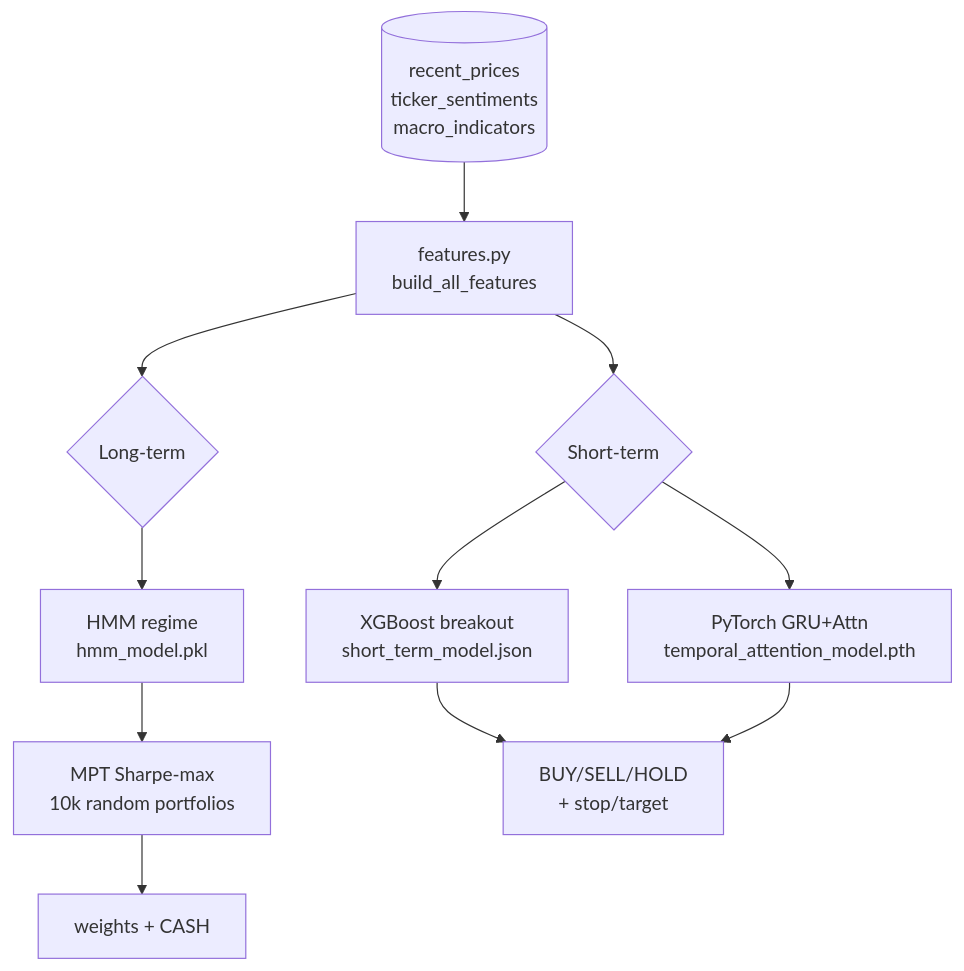
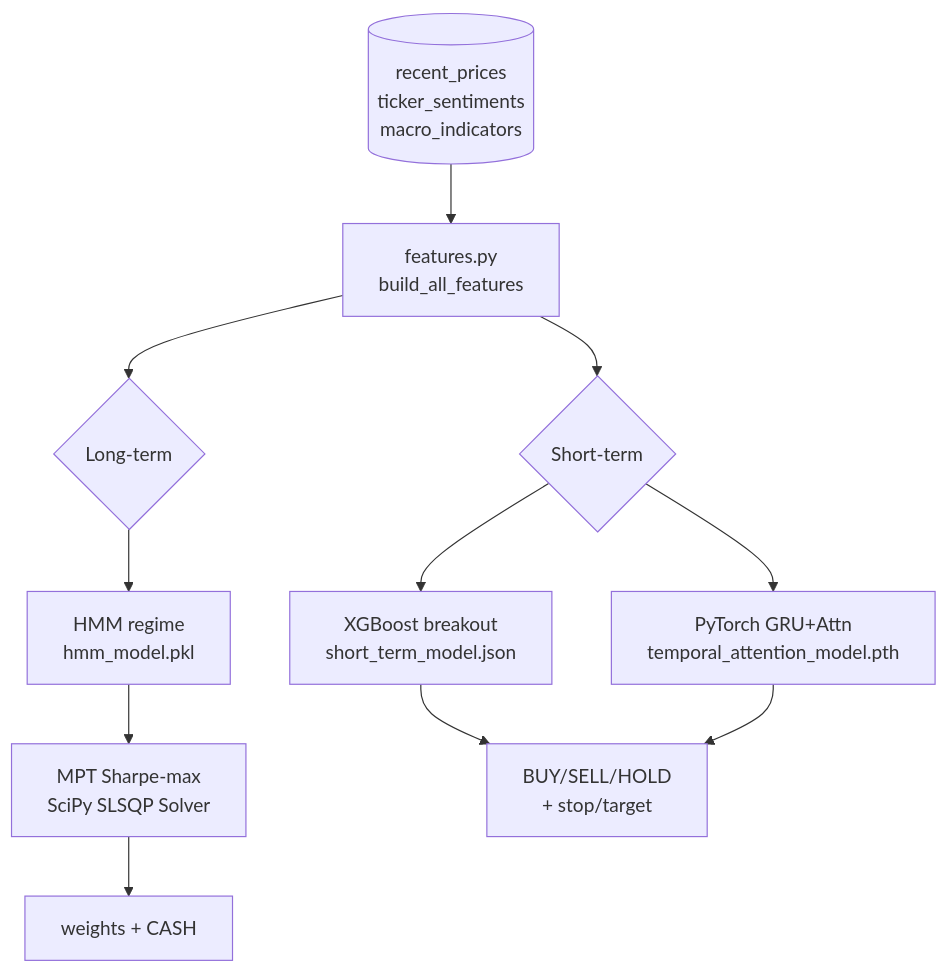
The first of 3 diagrams in docs/ml-and-strategy.md (arvindpereira/ampytech-trader), drawn with Mermaid before and after one commit. The commit also changed other lines of this file and 3 other files, not shown here.

Commit message:
Update docs to match stationary features, SciPy optimizer, and daily HMM tables

````diff
--- a/docs/ml-and-strategy.md
+++ b/docs/ml-and-strategy.md
@@ -7,12 +7,12 @@
 ```mermaid
 flowchart TB
     DB[(recent_prices<br/>ticker_sentiments<br/>macro_indicators)] --> FE[features.py<br/>build_all_features]
     FE --> ST{Short-term}
     FE --> LT{Long-term}
     ST --> XGB[XGBoost breakout<br/>short_term_model.json]
     ST --> PT[PyTorch GRU+Attn<br/>temporal_attention_model.pth]
     LT --> HMM[HMM regime<br/>hmm_model.pkl]
-    HMM --> MPT[MPT Sharpe-max<br/>10k random portfolios]
+    HMM --> MPT[MPT Sharpe-max<br/>SciPy SLSQP Solver]
     XGB & PT --> SUG[BUY/SELL/HOLD<br/>+ stop/target]
     MPT --> ALLOC[weights + CASH]
 ```
````
